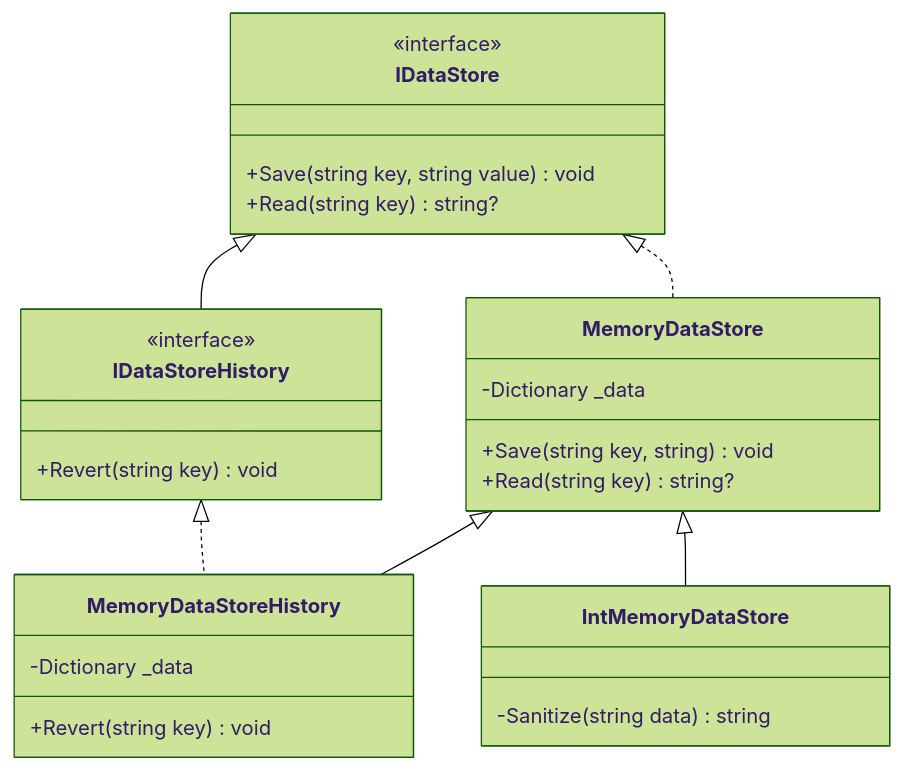
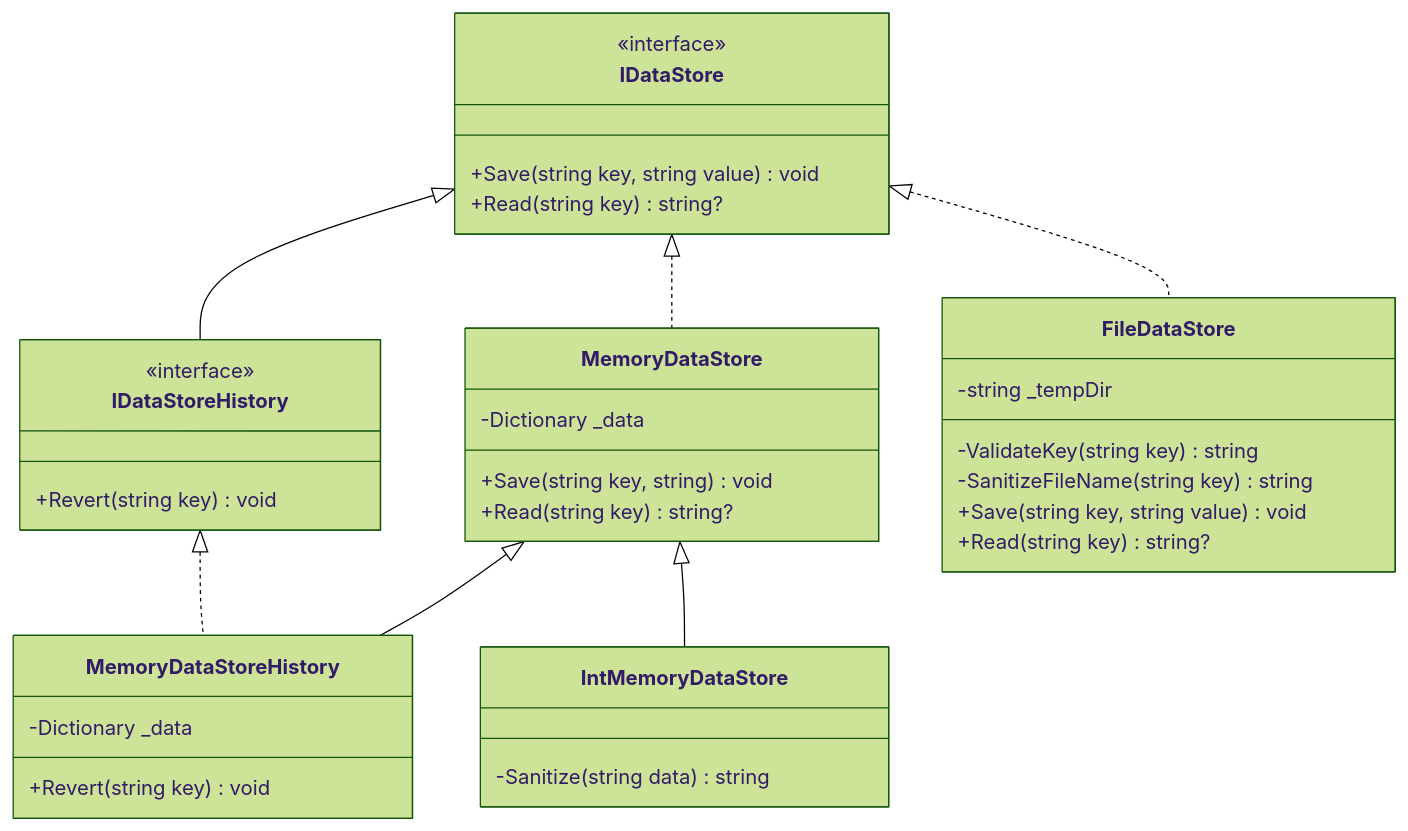
One commit to Raagam-Parmar/Behavioural-Subtyping changed the diagram in README.md. Above: the diagram before and after it, drawn with Mermaid (forest theme). The commit also changed other lines of this file, not shown here.

````diff
--- a/README.md
+++ b/README.md
@@ -97,35 +97,44 @@
 ```mermaid
 classDiagram
     class IDataStore {
         <<interface>>
         +Save(string key, string value) void
         +Read(string key) string?
     }
 
     class IDataStoreHistory {
         <<interface>>
         +Revert(string key) void
     }
 
     class MemoryDataStore {
         -Dictionary _data
         +Save(string key, string) void
         +Read(string key) string?
     }
 
+    class FileDataStore {
+        -string _tempDir
+        -ValidateKey(string key) string
+        -SanitizeFileName(string key) string
+        +Save(string key, string value) void
+        +Read(string key) string?
+    }
+
     class MemoryDataStoreHistory {
         -Dictionary _data
         +Revert(string key) void
     }
 
     class IntMemoryDataStore {
         -Sanitize(string data) string
     }
 
     %% Relationships
     IDataStore <|-- IDataStoreHistory
     IDataStore <|.. MemoryDataStore
+    IDataStore <|.. FileDataStore
     IDataStoreHistory <|.. MemoryDataStoreHistory
     MemoryDataStore <|-- MemoryDataStoreHistory
     MemoryDataStore <|-- IntMemoryDataStore
 ```
````
